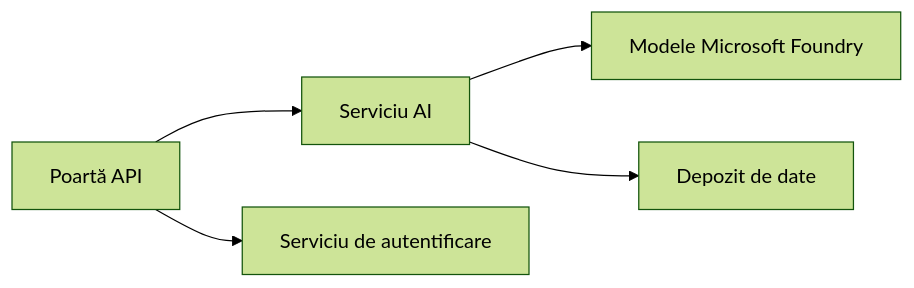
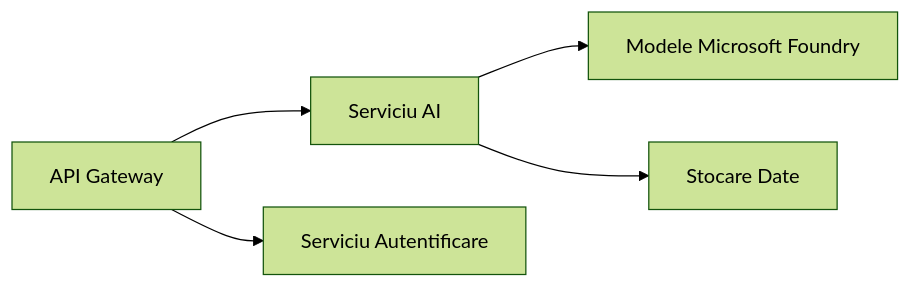
One commit to microsoft/AZD-for-beginners changed the first of 2 diagrams in translations/ro/docs/chapter-08-production/README.md. Above: the diagram before and after it, drawn with Mermaid (forest theme). The commit also changed other lines of this file and 104 other files, not shown here.

````diff
--- a/translations/ro/docs/chapter-08-production/README.md
+++ b/translations/ro/docs/chapter-08-production/README.md
@@ -48,6 +48,6 @@
 ```mermaid
 graph LR
-    Gateway[Poartă API] --> AI[Serviciu AI] --> Models[Modele Microsoft Foundry]
-    Gateway --> Auth[Serviciu de autentificare]
-    AI --> Data[Depozit de date]
+    Gateway[API Gateway] --> AI[Serviciu AI] --> Models[Modele Microsoft Foundry]
+    Gateway --> Auth[Serviciu Autentificare]
+    AI --> Data[Stocare Date]
 ```
````
